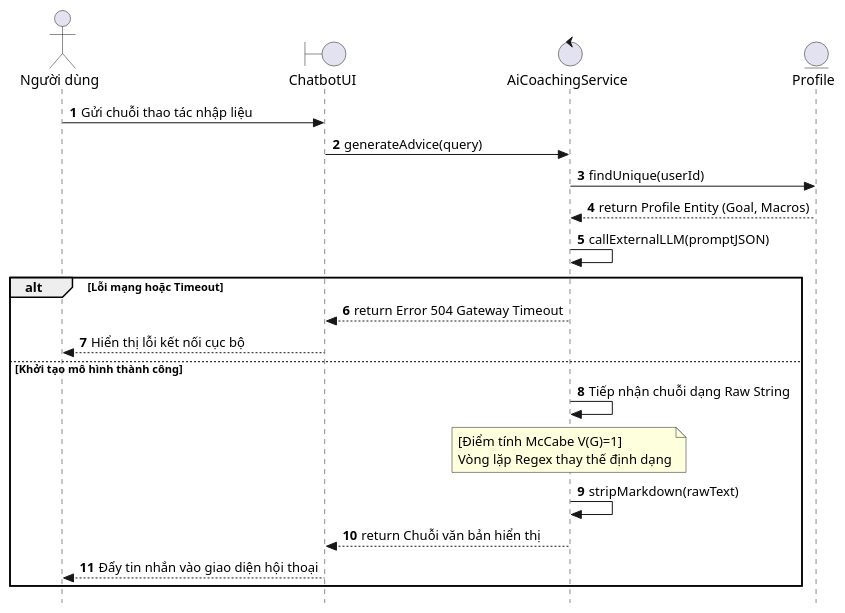
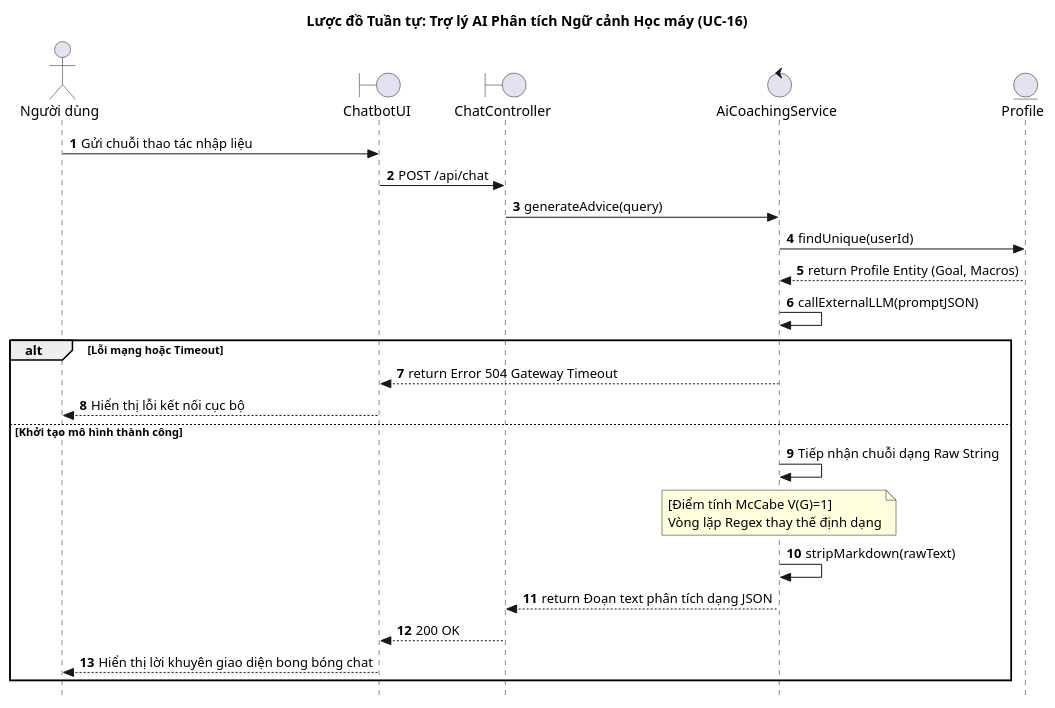
One commit to MinhTriet0612/CalAIClone changed the first of 2 diagrams in docs/reports/VnV_UC16_AI_Coaching.md. Above: the diagram before and after it, drawn with PlantUML. The commit also changed other lines of this file and 23 other files, not shown here.

````diff
--- a/docs/reports/VnV_UC16_AI_Coaching.md
+++ b/docs/reports/VnV_UC16_AI_Coaching.md
@@ -51,35 +51,39 @@
 ```plantuml
 @startuml
+title Lược đồ Tuần tự: Trợ lý AI Phân tích Ngữ cảnh Học máy (UC-16)
 autonumber
 skinparam style strictuml
 
 actor "Người dùng" as Actor
 boundary "ChatbotUI" as UI
+boundary "ChatController" as API
 control "AiCoachingService" as Logic
 entity "Profile" as Entity
 
 Actor -> UI : Gửi chuỗi thao tác nhập liệu
-UI -> Logic : generateAdvice(query)
+UI -> API : POST /api/chat
+API -> Logic : generateAdvice(query)
 
 Logic -> Entity : findUnique(userId)
 Entity --> Logic : return Profile Entity (Goal, Macros)
 
 Logic -> Logic : callExternalLLM(promptJSON)
 
 alt Lỗi mạng hoặc Timeout
     Logic --> UI : return Error 504 Gateway Timeout
     UI --> Actor : Hiển thị lỗi kết nối cục bộ
 else Khởi tạo mô hình thành công
     Logic -> Logic : Tiếp nhận chuỗi dạng Raw String
     
     note over Logic
         [Điểm tính McCabe V(G)=1]
         Vòng lặp Regex thay thế định dạng
     end note
     Logic -> Logic : stripMarkdown(rawText)
     
-    Logic --> UI : return Chuỗi văn bản hiển thị
-    UI --> Actor : Đẩy tin nhắn vào giao diện hội thoại
+    Logic --> API : return Đoạn text phân tích dạng JSON
+    API --> UI : 200 OK
+    UI --> Actor : Hiển thị lời khuyên giao diện bong bóng chat
 end
 @enduml
 ```
````
